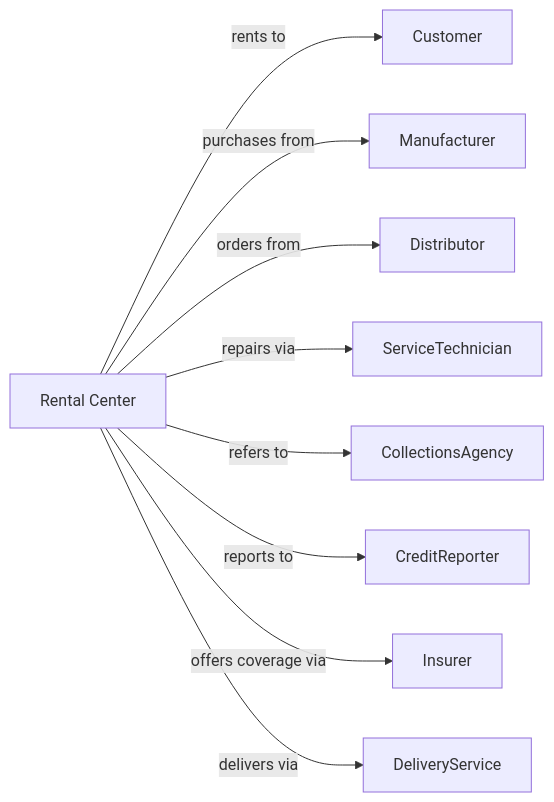
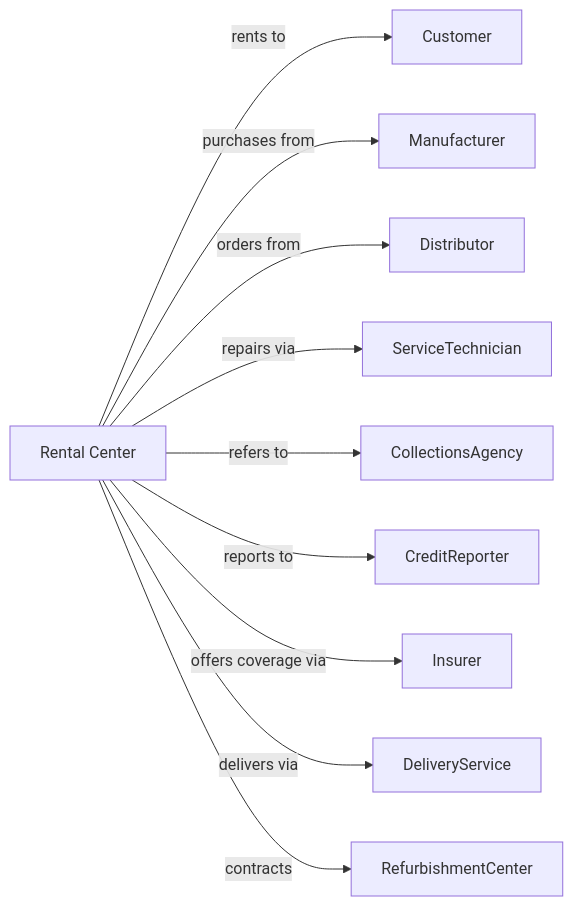
One commit to dot-org-ai/industries.org.ai changed the second of 2 diagrams in RealEstate/RentalAndLeasingServices/ConsumerGoodsRental/ConsumerElectronicsAndAppliancesRental.mdx. Above: the diagram before and after it, drawn with Mermaid. The commit also changed 588 other files, not shown here.

````diff
--- a/RealEstate/RentalAndLeasingServices/ConsumerGoodsRental/ConsumerElectronicsAndAppliancesRental.mdx
+++ b/RealEstate/RentalAndLeasingServices/ConsumerGoodsRental/ConsumerElectronicsAndAppliancesRental.mdx
@@ -130,13 +130,14 @@
 ```mermaid
 graph LR
     R[Rental Center]
 
     R -->|rents to| Customer
     R -->|purchases from| Manufacturer
     R -->|orders from| Distributor
     R -->|repairs via| ServiceTechnician
     R -->|refers to| CollectionsAgency
     R -->|reports to| CreditReporter
     R -->|offers coverage via| Insurer
     R -->|delivers via| DeliveryService
+    R -->|contracts| RefurbishmentCenter
 ```
````
